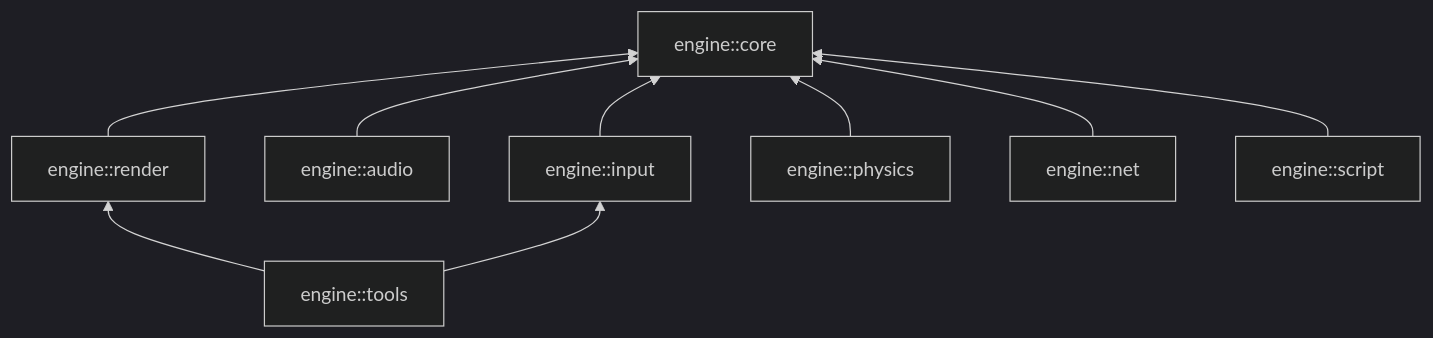
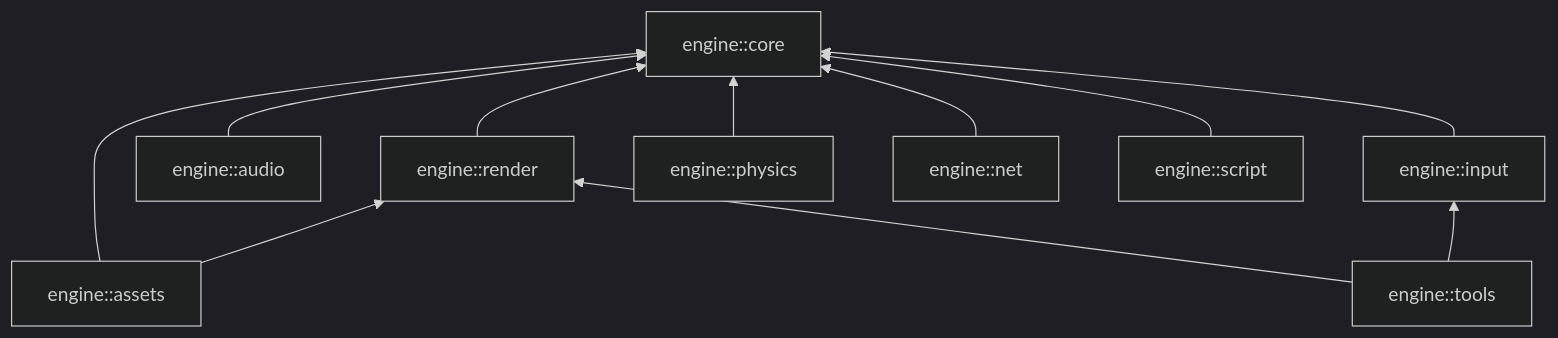
The diagram in docs/engine_modules.md (noambouillet/rtype), drawn with Mermaid (dark theme) before and after one commit. The commit also changed other lines of this file and 1 other file, not shown here.

Commit message:
docs: update root readme and engine modules index

````diff
--- a/docs/engine_modules.md
+++ b/docs/engine_modules.md
@@ -37,11 +38,13 @@
 ```mermaid
 graph BT
     render[engine::render] --> core[engine::core]
     audio[engine::audio] --> core
     input[engine::input] --> core
+    assets[engine::assets] --> core
+    assets --> render
     physics[engine::physics] --> core
     net[engine::net] --> core
     script[engine::script] --> core
     tools[engine::tools] --> render
     tools --> input
 ```
````
